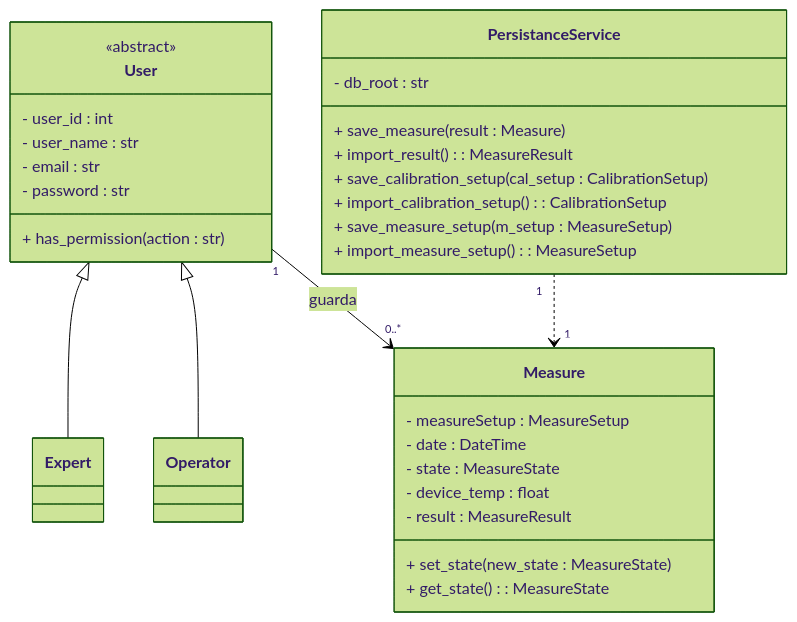
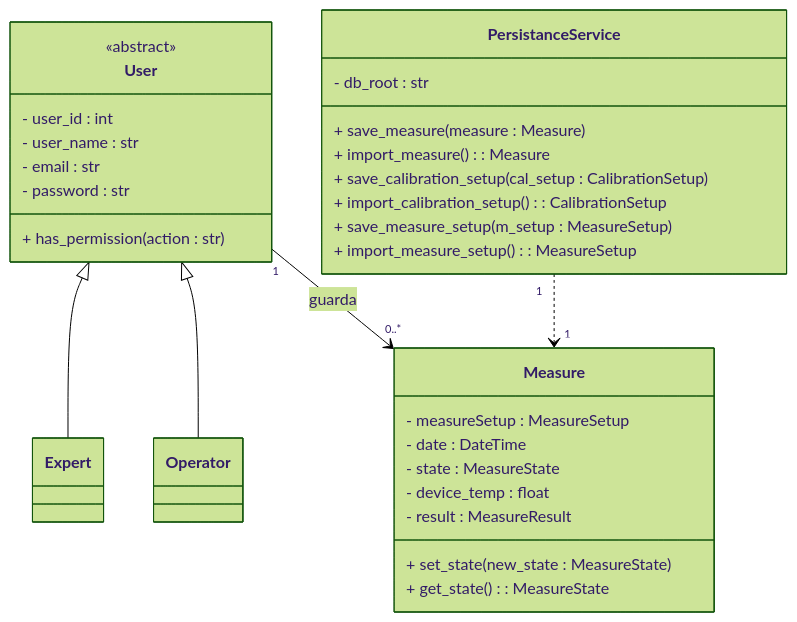
The sixth of 6 diagrams in Gmini-MarkDown/Clases Conceptuales.md (alegrelias/Repo-GMini), drawn with Mermaid (forest theme) before and after one commit. The commit also changed other lines of this file and 1 other file, not shown here.

````diff
--- a/Gmini-MarkDown/Clases Conceptuales.md
+++ b/Gmini-MarkDown/Clases Conceptuales.md
@@ -595,49 +550,49 @@
 ```mermaid
 classDiagram
 
 %% jerarquias
 User <|-- Expert
 User <|-- Operator
 
 %% clases
 class User {
 	<<abstract>>
 	- user_id : int
 	- user_name : str
 	- email : str
 	- password : str
 	+ has_permission(action : str)
 }
 
 class Operator{
 
 }
 class Expert{
 
 }
 
 class Measure {
 	- measureSetup : MeasureSetup
 	- date : DateTime
 	- state : MeasureState
 	- device_temp : float
 	- result : MeasureResult
 	+ set_state(new_state : MeasureState)
 	+ get_state() : MeasureState
 }
 
 class PersistanceService{
 	- db_root : str
-	+ save_measure(result : Measure)
-	+ import_result() : MeasureResult
+	+ save_measure(measure : Measure)
+	+ import_measure() : Measure
 	+ save_calibration_setup(cal_setup : CalibrationSetup)
 	+ import_calibration_setup() : CalibrationSetup
 	+ save_measure_setup(m_setup : MeasureSetup)
 	+ import_measure_setup() : MeasureSetup
 }
 
 %% relaciones
 User "1"-->"0..*" Measure : guarda
 
 PersistanceService "1"..>"1" Measure
 ```
````
